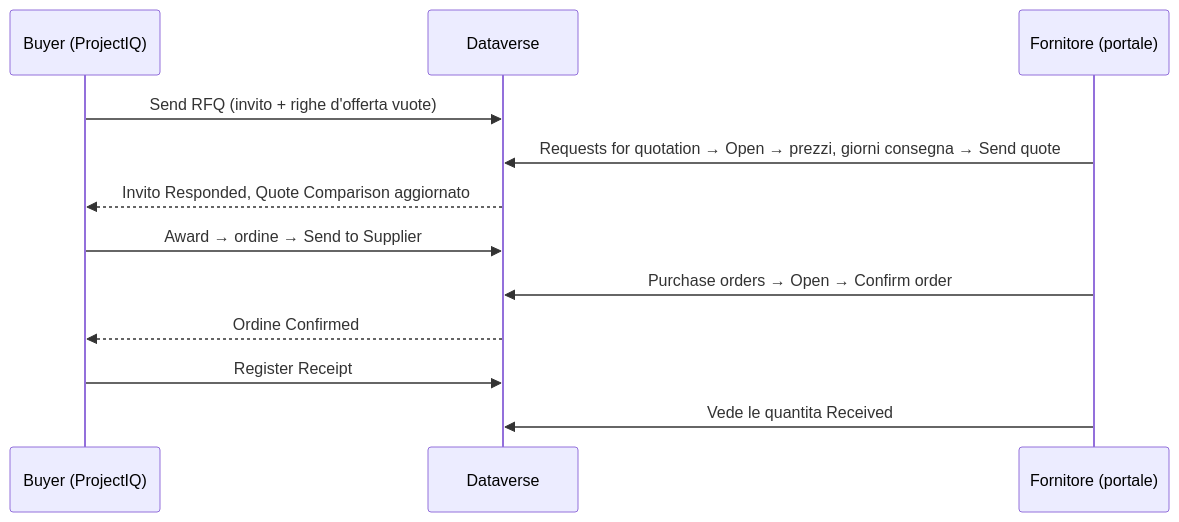
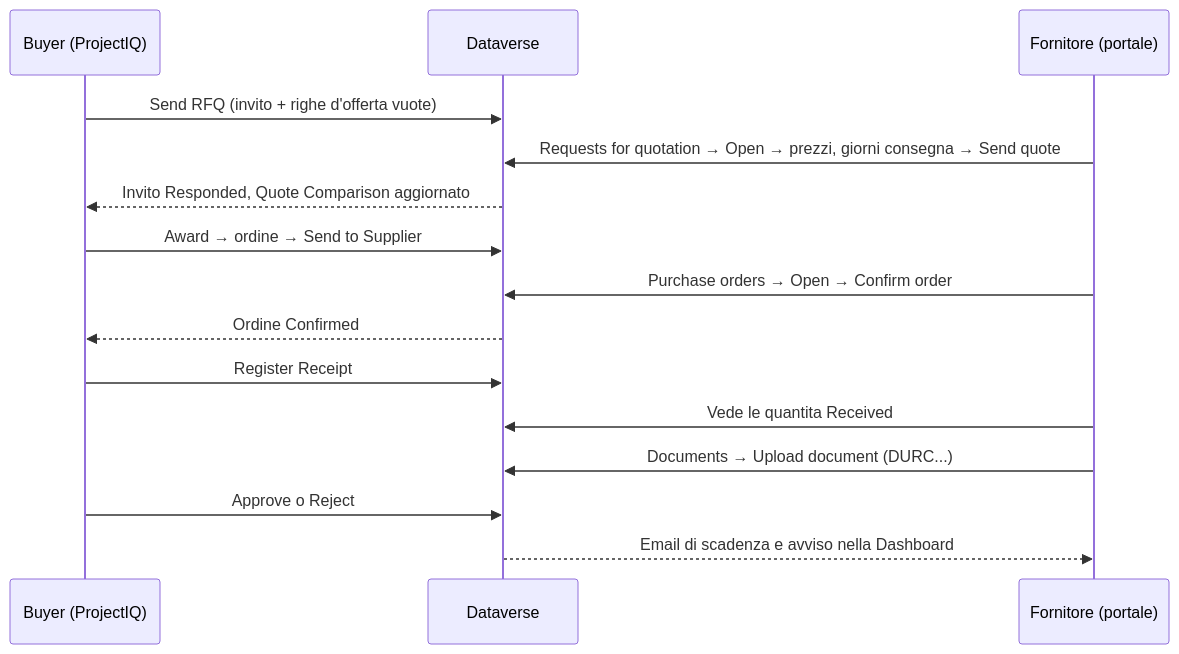
The diagram in docs/it/supplier-portal.md (Power-Builders-Italia/ProjectIQ), drawn with Mermaid before and after one commit. The commit also changed other lines of this file and 112 other files, not shown here.

````diff
--- a/docs/it/supplier-portal.md
+++ b/docs/it/supplier-portal.md
@@ -18,14 +20,17 @@
 ```mermaid
 sequenceDiagram
     participant B as Buyer (ProjectIQ)
     participant DV as Dataverse
     participant S as Fornitore (portale)
     B->>DV: Send RFQ (invito + righe d'offerta vuote)
     S->>DV: Requests for quotation → Open → prezzi, giorni consegna → Send quote
     DV-->>B: Invito Responded, Quote Comparison aggiornato
     B->>DV: Award → ordine → Send to Supplier
     S->>DV: Purchase orders → Open → Confirm order
     DV-->>B: Ordine Confirmed
     B->>DV: Register Receipt
     S->>DV: Vede le quantita Received
+    S->>DV: Documents → Upload document (DURC...)
+    B->>DV: Approve o Reject
+    DV-->>S: Email di scadenza e avviso nella Dashboard
 ```
````
